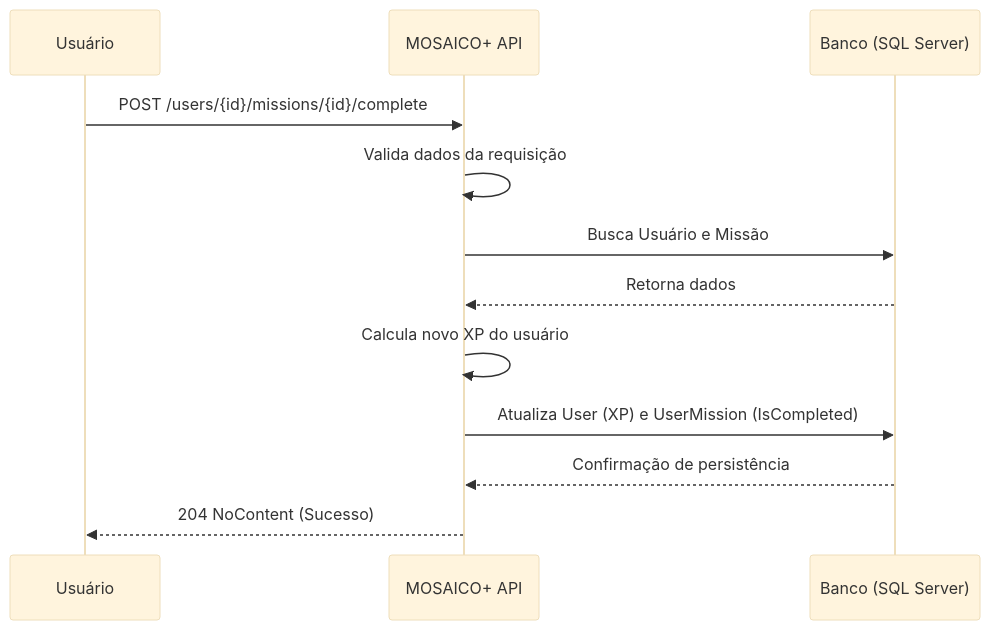
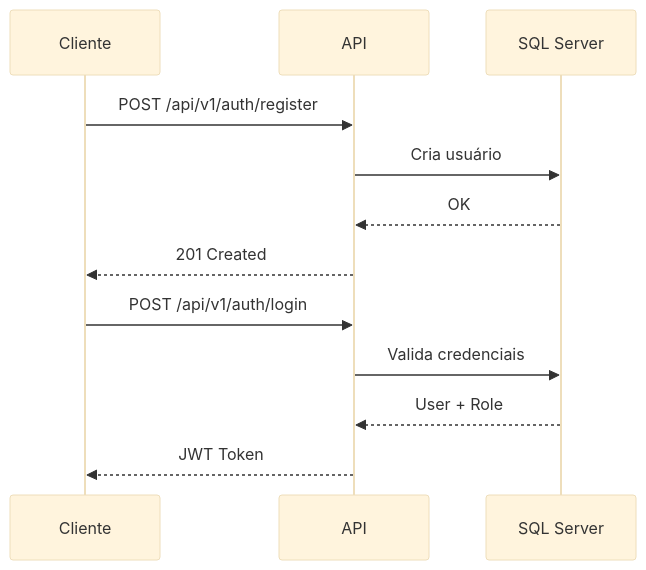
One commit to santos-nikolas/Mosaico changed the third of 3 diagrams in README.md. Above: the diagram before and after it, drawn with Mermaid (base theme). The commit also changed other lines of this file, not shown here.

````diff
--- a/README.md
+++ b/README.md
@@ -138,15 +148,16 @@
 ```mermaid
 sequenceDiagram
-    participant U as Usuário
-    participant API as MOSAICO+ API
-    participant DB as Banco (SQL Server)
+    participant U as Cliente
+    participant API as API
+    participant DB as SQL Server
 
-    U->>API: POST /users/{id}/missions/{id}/complete
-    API->>API: Valida dados da requisição
-    API->>DB: Busca Usuário e Missão
-    DB-->>API: Retorna dados
-    API->>API: Calcula novo XP do usuário
-    API->>DB: Atualiza User (XP) e UserMission (IsCompleted)
-    DB-->>API: Confirmação de persistência
-    API-->>U: 204 NoContent (Sucesso)
+    U->>API: POST /api/v1/auth/register
+    API->>DB: Cria usuário
+    DB-->>API: OK
+    API-->>U: 201 Created
+
+    U->>API: POST /api/v1/auth/login
+    API->>DB: Valida credenciais
+    DB-->>API: User + Role
+    API-->>U: JWT Token
 ```
````
